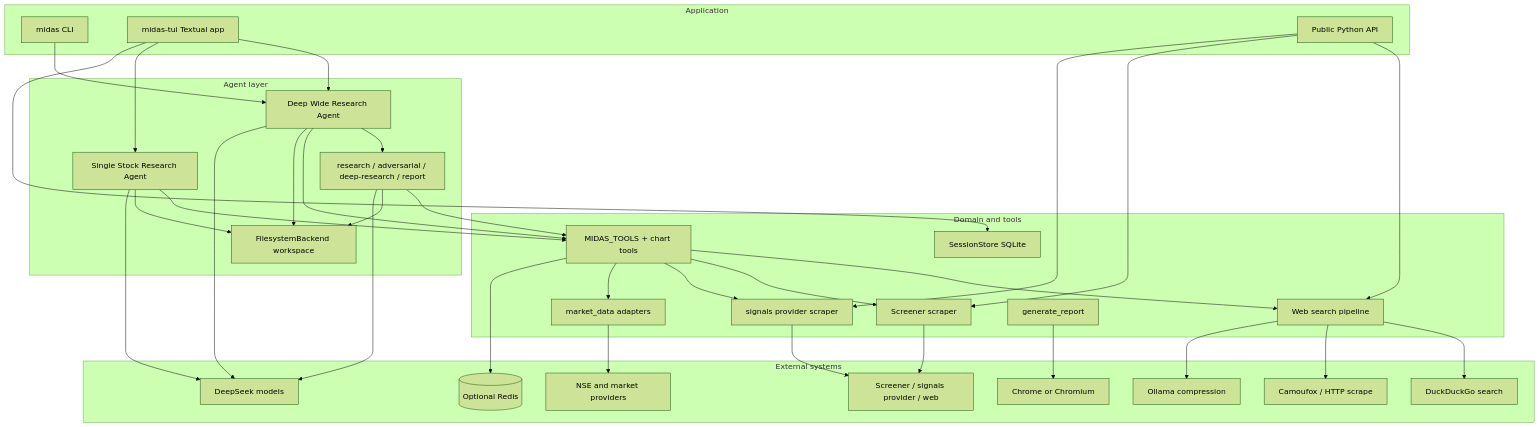
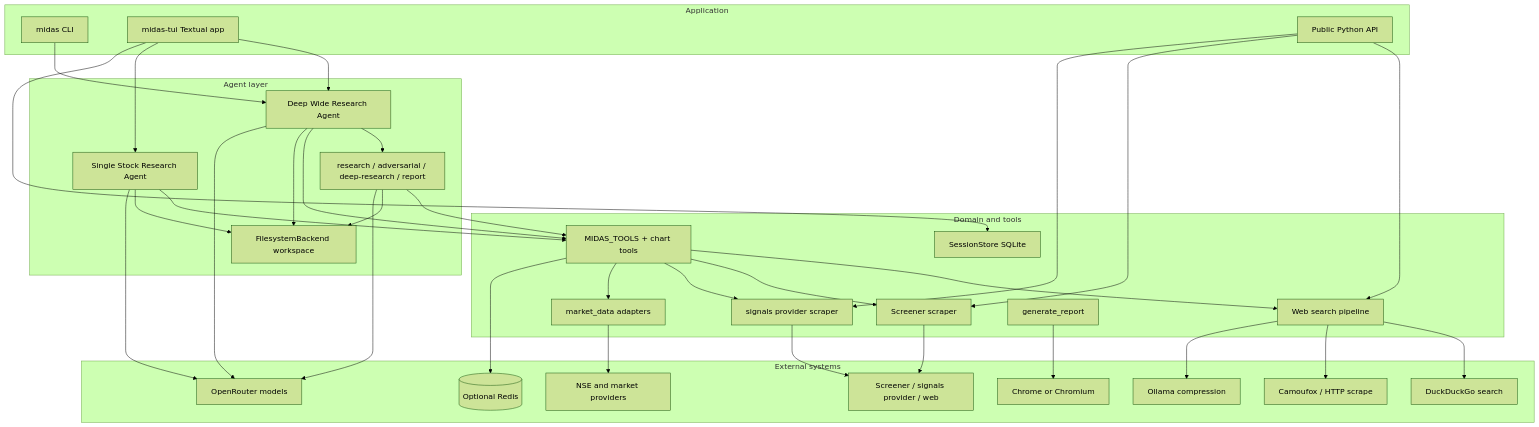
The third of 3 diagrams in README.md (aneeshpatne/Midas), drawn with Mermaid (forest theme) before and after one commit. The commit also changed other lines of this file and 7 other files, not shown here.

First line of the commit message:
feat: migrate research models from DeepSeek to OpenRouter

````diff
--- a/README.md
+++ b/README.md
@@ -98,66 +98,66 @@
 ```mermaid
 flowchart TB
   subgraph presentation [Application]
     CLI[midas CLI]
     TUI[midas-tui Textual app]
     LIB[Public Python API]
   end
 
   subgraph agents [Agent layer]
     LEAD[Deep Wide Research Agent]
     STOCK[Single Stock Research Agent]
     SUB[research / adversarial / deep-research / report]
     FS[FilesystemBackend workspace]
   end
 
   subgraph domain [Domain and tools]
     TOOLS[MIDAS_TOOLS + chart tools]
     PIPE[Web search pipeline]
     SCR[Screener scraper]
     TL[signals provider scraper]
     MD[market_data adapters]
     REP[generate_report]
     SESS[SessionStore SQLite]
   end
 
   subgraph external [External systems]
     DDGS[DuckDuckGo search]
     CAM[Camoufox / HTTP scrape]
     OLL[Ollama compression]
-    DS[DeepSeek models]
+    DS[OpenRouter models]
     NSE[NSE and market providers]
     WEB[Screener / signals provider / web]
     REDIS[(Optional Redis)]
     CHROME[Chrome or Chromium]
   end
 
   CLI --> LEAD
   TUI --> LEAD
   TUI --> STOCK
   TUI --> SESS
   LIB --> PIPE
   LIB --> SCR
   LIB --> TL
   LEAD --> SUB
   LEAD --> TOOLS
   LEAD --> FS
   STOCK --> TOOLS
   STOCK --> FS
   SUB --> TOOLS
   SUB --> FS
   TOOLS --> PIPE
   TOOLS --> SCR
   TOOLS --> TL
   TOOLS --> MD
   TOOLS --> REDIS
   PIPE --> DDGS
   PIPE --> CAM
   PIPE --> OLL
   SCR --> WEB
   TL --> WEB
   MD --> NSE
   LEAD --> DS
   STOCK --> DS
   SUB --> DS
   REP --> CHROME
 ```
````
